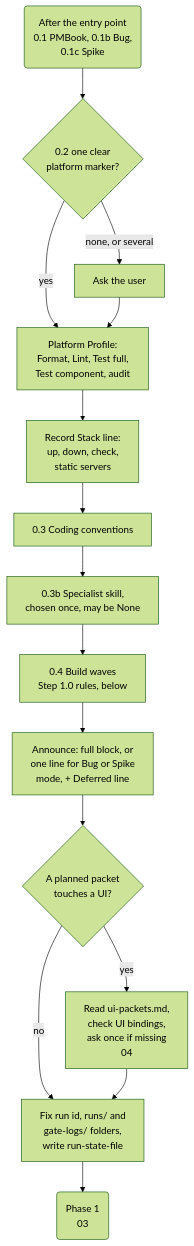
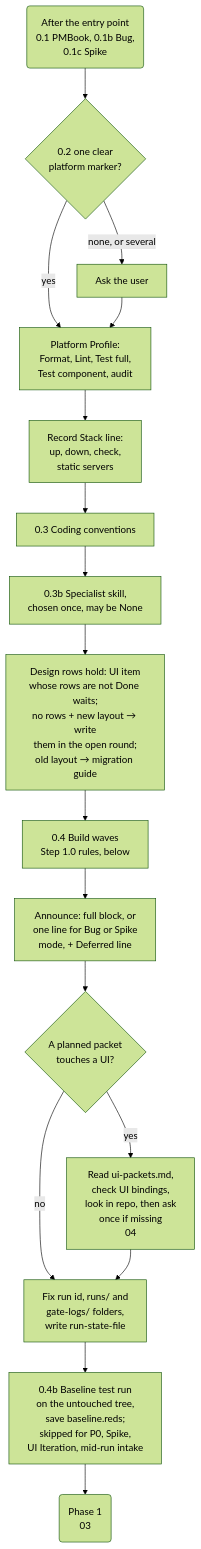
The third of 4 diagrams in skills/plugin-orchestrator-development-pattern/mermaid/02-phase0-setup.md (muhammedalikhan86/claude-stash), drawn with Mermaid (forest theme) before and after one commit. The commit also changed other lines of this file and 32 other files, not shown here.

First line of the commit message:
feat(orchestrators): round of test-run fixes across both orchestrators and agents

````diff
--- a/skills/plugin-orchestrator-development-pattern/mermaid/02-phase0-setup.md
+++ b/skills/plugin-orchestrator-development-pattern/mermaid/02-phase0-setup.md
@@ -61,17 +64,19 @@
 ```mermaid
 flowchart TD
     In("After the entry point<br/>0.1 PMBook, 0.1b Bug,<br/>0.1c Spike") --> Plat{"0.2 one clear<br/>platform marker?"}
     Plat -->|"none, or several"| AskPlat["Ask the user"]
     Plat -->|"yes"| Prof["Platform Profile:<br/>Format, Lint, Test full,<br/>Test component, audit"]
     AskPlat --> Prof
     Prof --> Stack["Record Stack line:<br/>up, down, check,<br/>static servers"]
     Stack --> Conv["0.3 Coding conventions"]
     Conv --> Skill["0.3b Specialist skill,<br/>chosen once, may be None"]
-    Skill --> Waves["0.4 Build waves<br/>Step 1.0 rules, below"]
+    Skill --> Hold["Design rows hold: UI item<br/>whose rows are not Done waits;<br/>no rows + new layout → write<br/>them in the open round;<br/>old layout → migration guide"]
+    Hold --> Waves["0.4 Build waves<br/>Step 1.0 rules, below"]
     Waves --> Ann["Announce: full block, or<br/>one line for Bug or Spike<br/>mode, + Deferred line"]
     Ann --> UIq{"A planned packet<br/>touches a UI?"}
-    UIq -->|"yes"| UIB["Read ui-packets.md,<br/>check UI bindings,<br/>ask once if missing<br/>04"]
+    UIq -->|"yes"| UIB["Read ui-packets.md,<br/>check UI bindings,<br/>look in repo, then ask<br/>once if missing<br/>04"]
     UIq -->|"no"| RS
     UIB --> RS["Fix run id, runs/ and<br/>gate-logs/ folders,<br/>write run-state-file"]
-    RS --> P1("Phase 1<br/>03")
+    RS --> Base["0.4b Baseline test run<br/>on the untouched tree,<br/>save baseline.reds;<br/>skipped for P0, Spike,<br/>UI Iteration, mid-run intake"]
+    Base --> P1("Phase 1<br/>03")
 ```
````
